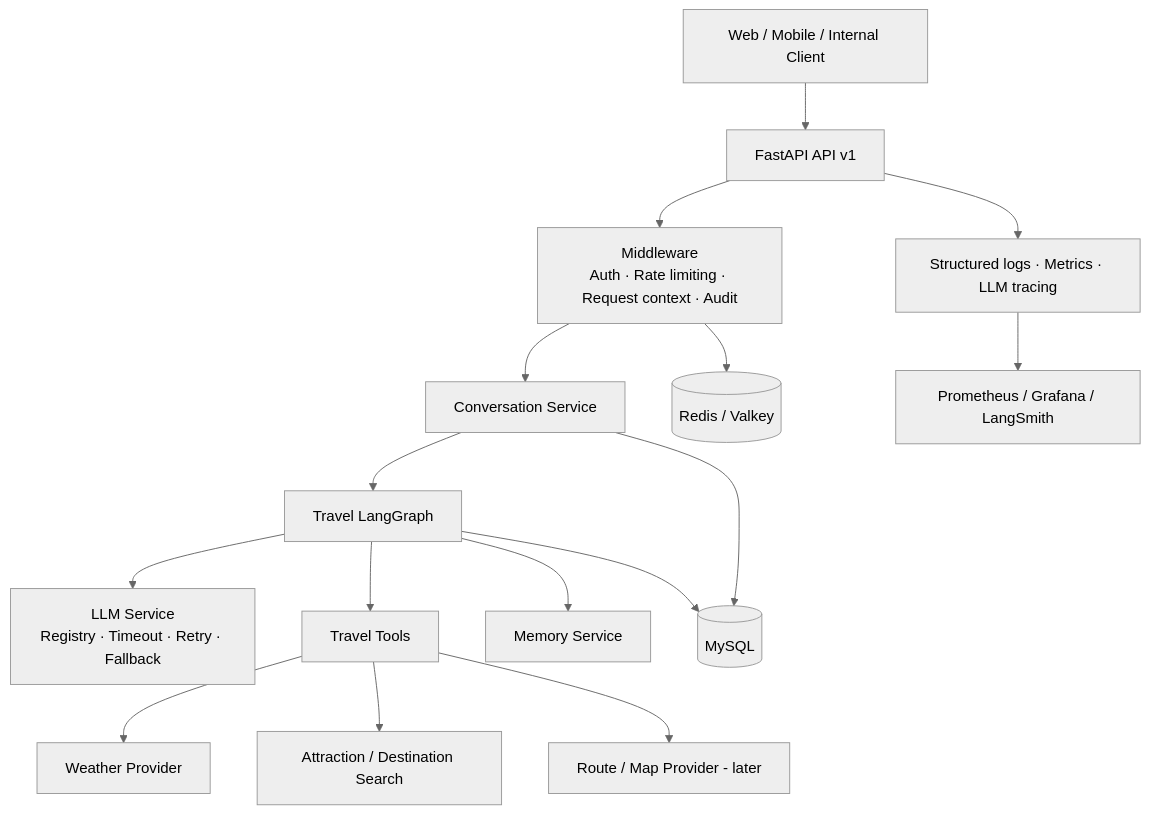
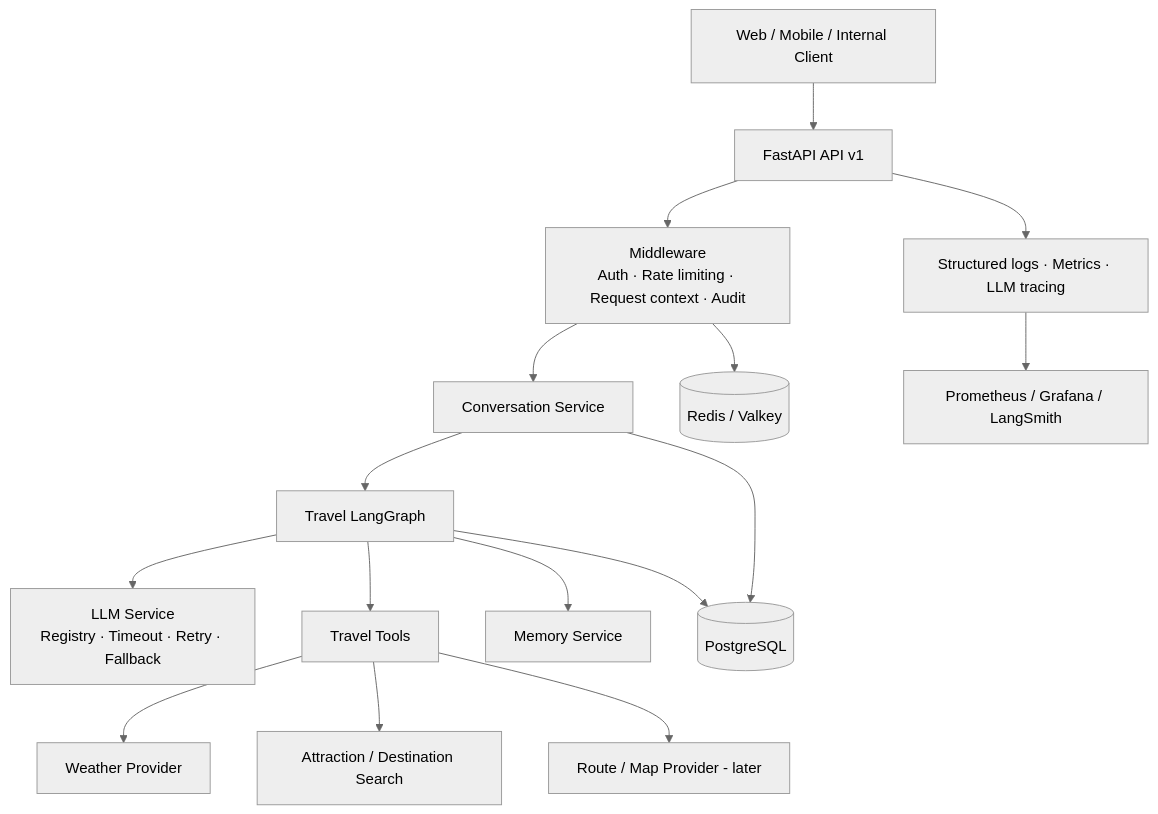
One commit to DOcrazyG/travel_assistant changed the first of 3 diagrams in docs/architecture-design.md. Above: the diagram before and after it, drawn with Mermaid (neutral theme). The commit also changed other lines of this file and 12 other files, not shown here.

Commit message:
feat: migrate database from MySQL to PostgreSQL

````diff
--- a/docs/architecture-design.md
+++ b/docs/architecture-design.md
@@ -39,18 +39,18 @@
 ```mermaid
 flowchart TB
     Client[Web / Mobile / Internal Client] --> API[FastAPI API v1]
     API --> MW[Middleware\nAuth · Rate limiting · Request context · Audit]
     MW --> Chat[Conversation Service]
     Chat --> Graph[Travel LangGraph]
     Graph --> LLM[LLM Service\nRegistry · Timeout · Retry · Fallback]
     Graph --> Tools[Travel Tools]
     Tools --> Weather[Weather Provider]
     Tools --> Search[Attraction / Destination Search]
     Tools --> Maps[Route / Map Provider - later]
     Graph --> Memory[Memory Service]
-    Chat --> DB[(MySQL)]
+    Chat --> DB[(PostgreSQL)]
     Graph --> DB
     MW --> Cache[(Redis / Valkey)]
     API --> Obs[Structured logs · Metrics · LLM tracing]
     Obs --> Monitor[Prometheus / Grafana / LangSmith]
 ```
````
